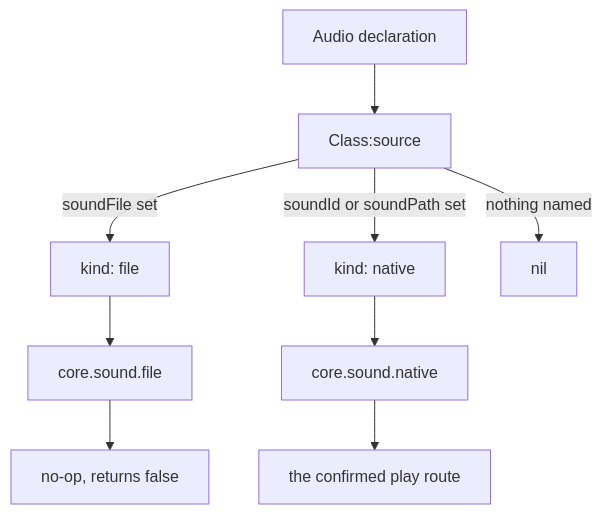
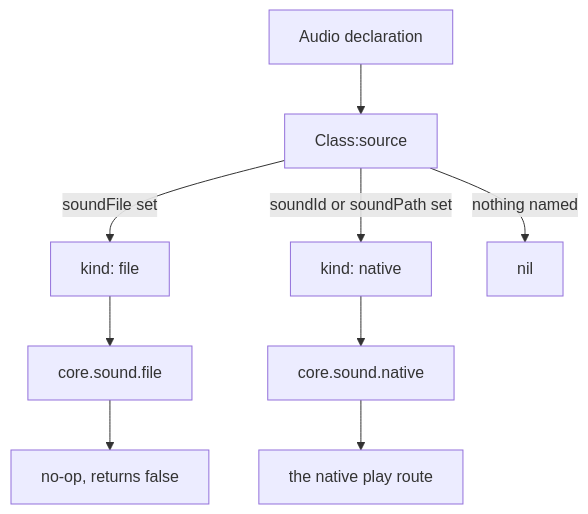
One commit to dr-mikan/PalForge changed the first of 3 diagrams in docs/content/docs/api/audio.ja.mdx. Above: the diagram before and after it, drawn with Mermaid. The commit also changed other lines of this file and 84 other files, not shown here.

````diff
--- a/docs/content/docs/api/audio.ja.mdx
+++ b/docs/content/docs/api/audio.ja.mdx
@@ -143,11 +157,11 @@
 ```mermaid
 flowchart TD
   A["Audio declaration"] --> B["Class:source"]
   B -->|soundFile set| C["kind: file"]
   B -->|soundId or soundPath set| D["kind: native"]
   B -->|nothing named| E["nil"]
   C --> F["core.sound.file"]
   D --> G["core.sound.native"]
   F --> H["no-op, returns false"]
-  G --> I["the confirmed play route"]
+  G --> I["the native play route"]
 ```
````
